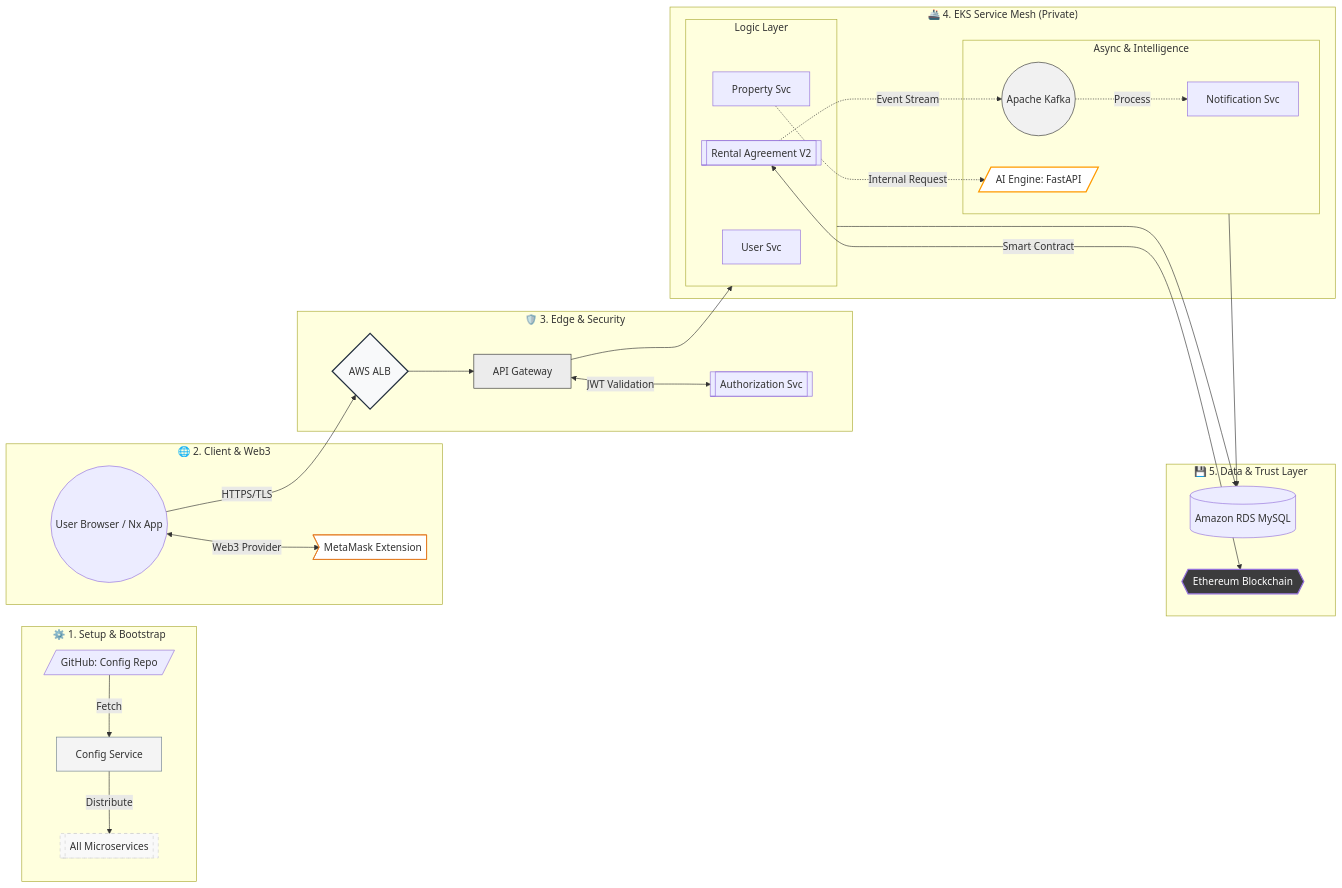
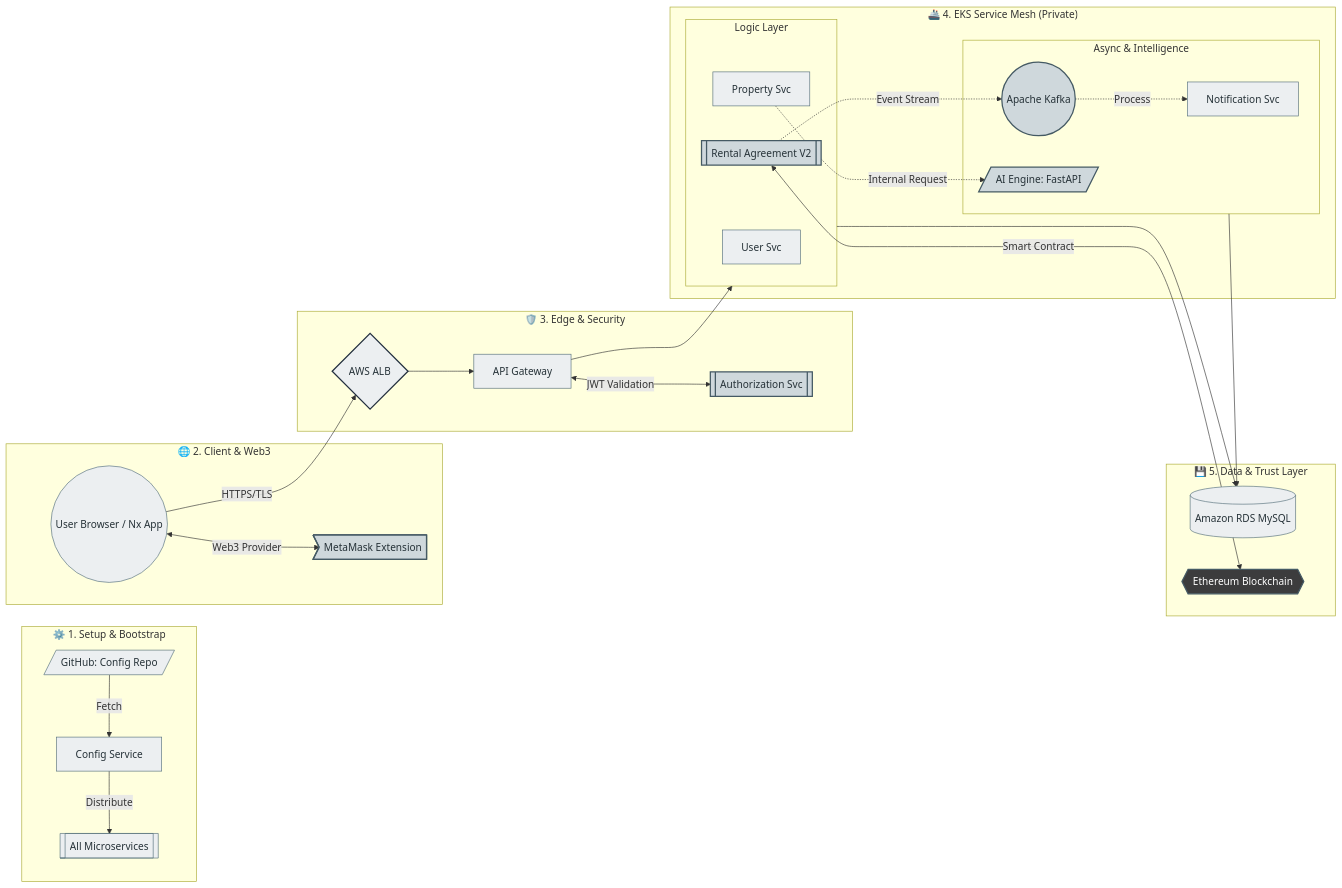
One commit to RealEstate-Rental-Project/.github changed the diagram in profile/README.md. Above: the diagram before and after it, drawn with Mermaid. The commit also changed other lines of this file, not shown here.

Commit message:
Refactor mermaid diagram styles in README.md for improved uniformity and contrast

````diff
--- a/profile/README.md
+++ b/profile/README.md
@@ -17,63 +17,64 @@
 ```mermaid
 graph LR
     %% Configuration du rendu
     direction LR
 
     subgraph Init ["⚙️ 1. Setup & Bootstrap"]
         GR[/GitHub: Config Repo/] -->|Fetch| CS[Config Service]
         CS -->|Distribute| MS[[All Microservices]]
     end
 
     subgraph UserZone ["🌐 2. Client & Web3"]
         U((User Browser / Nx App))
         MM>MetaMask Extension]
         U <-->|Web3 Provider| MM
     end
 
     subgraph Security ["🛡️ 3. Edge & Security"]
         ALB{AWS ALB}
         GW[API Gateway]
         AUTH[[Authorization Svc]]
         
         U -->|HTTPS/TLS| ALB
         ALB --> GW
         GW <-->|JWT Validation| AUTH
     end
 
     subgraph Core ["🚢 4. EKS Service Mesh (Private)"]
         subgraph Logic ["Logic Layer"]
             UM[User Svc]
             PM[Property Svc]
             RA[[Rental Agreement V2]]
         end
         
         subgraph Support ["Async & Intelligence"]
             AI[/AI Engine: FastAPI/]
             K((Apache Kafka))
             NS[Notification Svc]
         end
 
         GW --> Logic
         PM -.->|Internal Request| AI
         RA -.->|Event Stream| K
         K -.->|Process| NS
     end
 
     subgraph Persistence ["💾 5. Data & Trust Layer"]
         RDS[(Amazon RDS MySQL)]
         ETH{{Ethereum Blockchain}}
         
         Logic & Support --> RDS
         RA <-->|Smart Contract| ETH
     end
 
-    %% Styles Professionnels Neutres
-    style CS fill:#f4f4f4,stroke:#708090,stroke-width:1px
-    style ALB fill:#f8f9fa,stroke:#232f3e,stroke-width:2px
-    style GW fill:#ececec,stroke:#333
-    style ETH fill:#3c3c3d,color:#fff,stroke-width:2px
-    style AI fill:#ffffff,stroke:#ff9900,stroke-width:2px
-    style MM fill:#ffffff,stroke:#e2761b,stroke-width:1px
-    style K fill:#f1f1f1,stroke:#333
-    style MS fill:#f9f9f9,stroke:#d1d1d1,stroke-dasharray: 5 5
+    %% Styles Uniformes "RDS Steel Gray"
+    classDef default fill:#eceff1,stroke:#546e7a,stroke-width:1px,color:#263238;
+    classDef specialized fill:#cfd8dc,stroke:#455a64,stroke-width:2px,color:#263238;
+
+    class CS,GW,UM,PM,NS,U,ALB,RDS default;
+    class AUTH,RA,AI,K,ETH,MM specialized;
+
+    %% Overrides spécifiques pour le contraste
+    style ETH fill:#3c3c3d,color:#fff
+    style ALB stroke:#232f3e,stroke-width:2px
 ```
````
